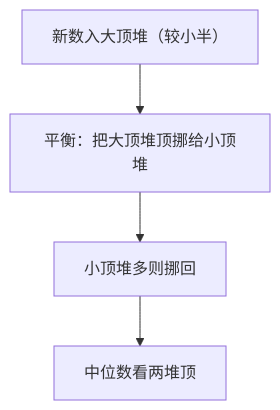
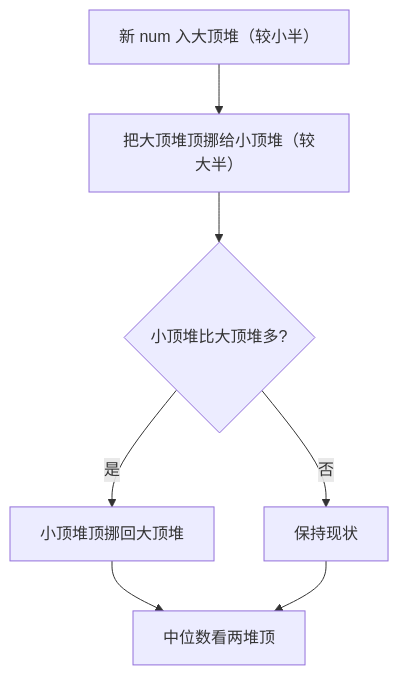
Before and after one commit to OctalZero/hot100-py: the first of 2 diagrams in 14-堆/0295-数据流的中位数.md, drawn with Mermaid. The commit also changed other lines of this file and 117 other files, not shown here.

First line of the commit message:
feat: 全题解配图升级为「动画式 mermaid」（总览骨架 + 横向时间线逐步推演）

````diff
--- a/14-堆/0295-数据流的中位数.md
+++ b/14-堆/0295-数据流的中位数.md
@@ -7,6 +7,9 @@
 ```mermaid
 flowchart TD
-    A["新数入大顶堆（较小半）"] --> B["平衡：把大顶堆顶挪给小顶堆"]
-    B --> C["小顶堆多则挪回"]
-    C --> D["中位数看两堆顶"]
+    A["新 num 入大顶堆（较小半）"] --> B["把大顶堆顶挪给小顶堆（较大半）"]
+    B --> C{"小顶堆比大顶堆多?"}
+    C -->|"是"| D["小顶堆顶挪回大顶堆"]
+    C -->|"否"| E["保持现状"]
+    D --> F["中位数看两堆顶"]
+    E --> F
 ```
````
